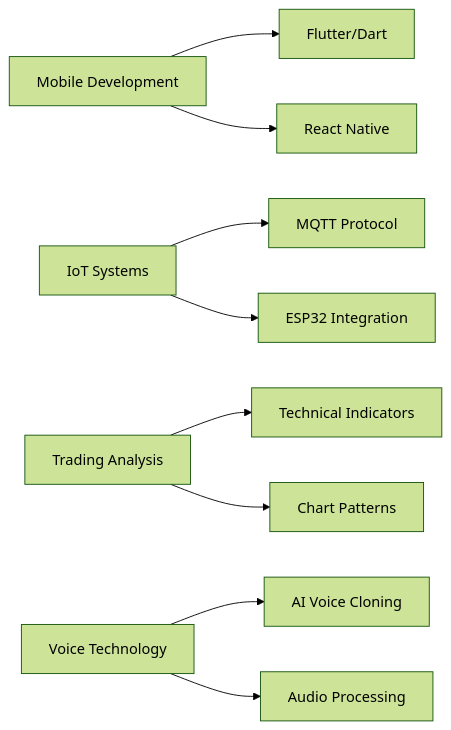
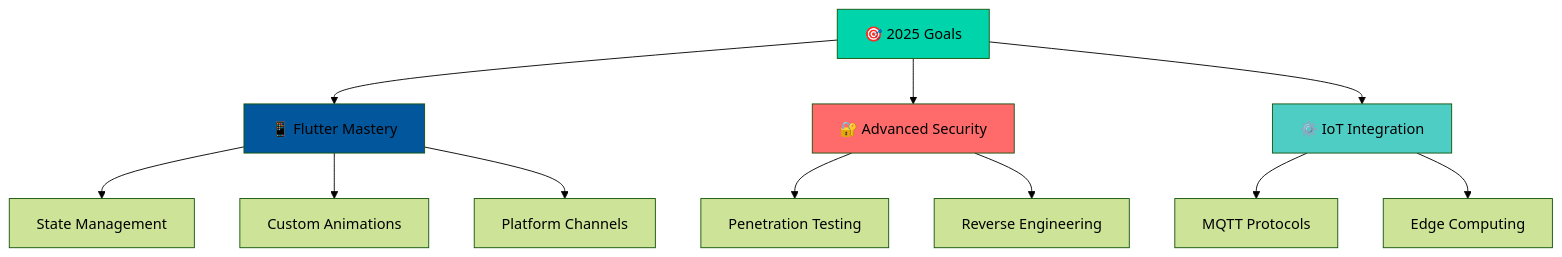
The diagram in README.md (Chrxstxqn/Chrxstxqn), drawn with Mermaid (forest theme) before and after one commit. The commit also changed other lines of this file, not shown here.

````diff
--- a/README.md
+++ b/README.md
@@ -142,11 +135,21 @@
 ```mermaid
-graph LR
-    A[Mobile Development] --> B[Flutter/Dart]
-    A --> C[React Native]
-    D[IoT Systems] --> E[MQTT Protocol]
-    D --> F[ESP32 Integration]
-    G[Trading Analysis] --> H[Technical Indicators]
-    G --> I[Chart Patterns]
-    J[Voice Technology] --> K[AI Voice Cloning]
-    J --> L[Audio Processing]
+graph TB
+    A[🎯 2025 Goals] --> B[📱 Flutter Mastery]
+    A --> C[🔐 Advanced Security]
+    A --> D[⚙️ IoT Integration]
+    
+    B --> E[State Management]
+    B --> F[Custom Animations]
+    B --> G[Platform Channels]
+    
+    C --> H[Penetration Testing]
+    C --> I[Reverse Engineering]
+    
+    D --> J[MQTT Protocols]
+    D --> K[Edge Computing]
+    
+    style A fill:#00D4AA
+    style B fill:#02569B
+    style C fill:#FF6B6B
+    style D fill:#4ECDC4
 ```
````
